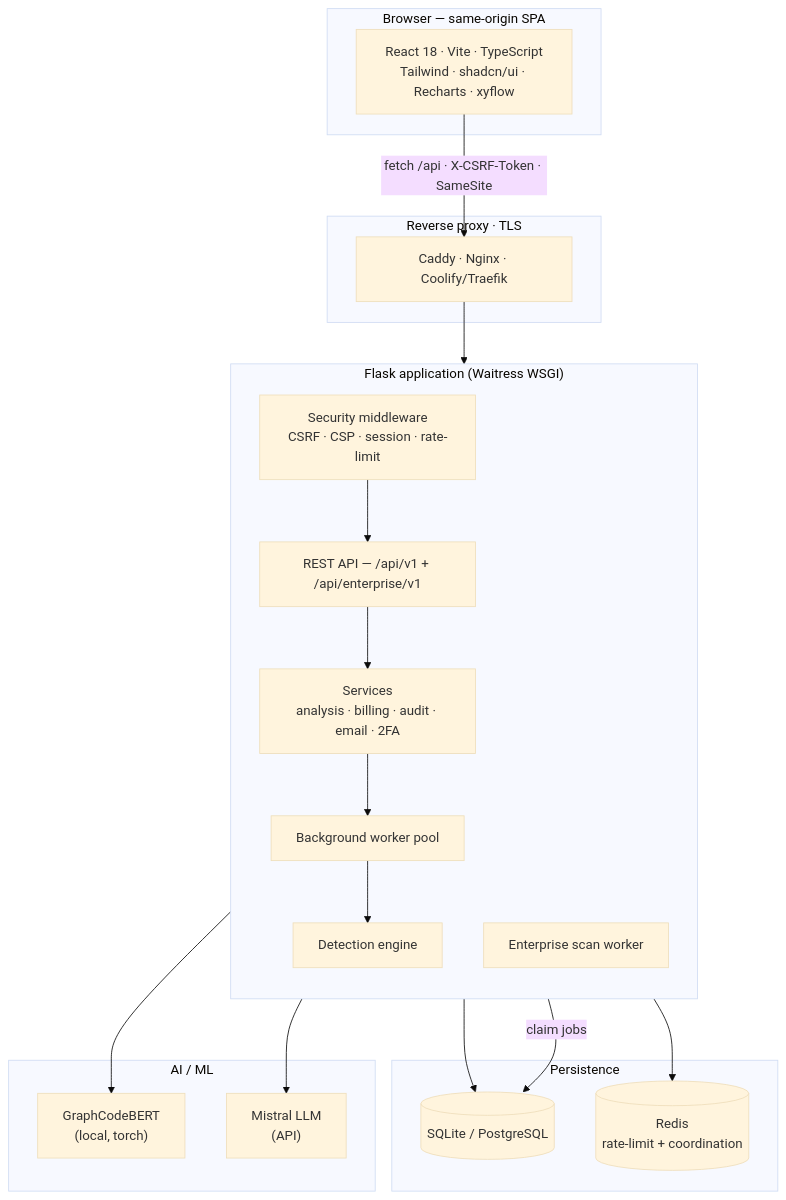
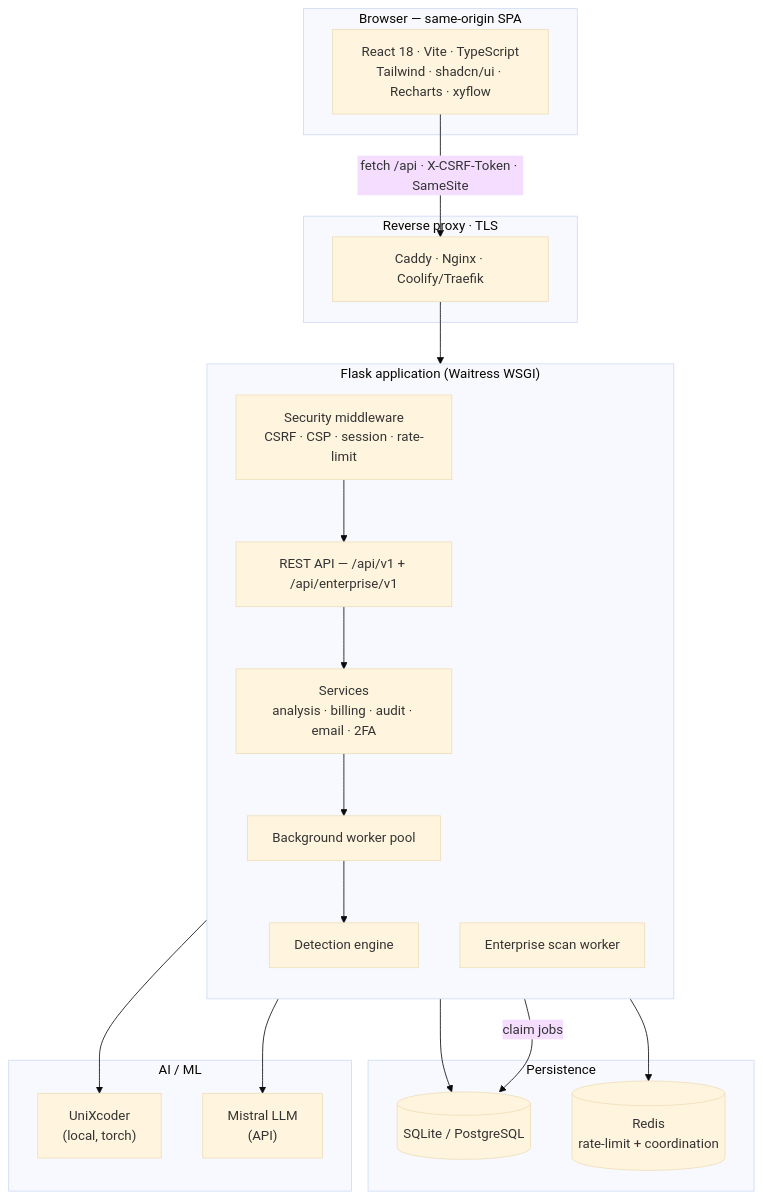
The first of 5 diagrams in README.md (yahyaabohashemstu/codeClone), drawn with Mermaid (base theme) before and after one commit. The commit also changed other lines of this file and 3 other files, not shown here.

First line of the commit message:
feat(engine): swap semantic encoder GraphCodeBERT -> UniXcoder (surgical port)

````diff
--- a/README.md
+++ b/README.md
@@ -89,38 +89,38 @@
 ```mermaid
 flowchart TB
     subgraph client["Browser — same-origin SPA"]
         UI["React 18 · Vite · TypeScript<br/>Tailwind · shadcn/ui · Recharts · xyflow"]
     end
 
     subgraph edge["Reverse proxy · TLS"]
         PX["Caddy · Nginx · Coolify/Traefik"]
     end
 
     subgraph app["Flask application (Waitress WSGI)"]
         direction TB
         API["REST API — /api/v1 + /api/enterprise/v1"]
         SEC["Security middleware<br/>CSRF · CSP · session · rate-limit"]
         SVC["Services<br/>analysis · billing · audit · email · 2FA"]
         ENG["Detection engine"]
         BG["Background worker pool"]
         ENT["Enterprise scan worker"]
     end
 
     subgraph data["Persistence"]
         DB[("SQLite / PostgreSQL")]
         RE[("Redis<br/>rate-limit + coordination")]
     end
 
     subgraph ml["AI / ML"]
-        BERT["GraphCodeBERT<br/>(local, torch)"]
+        BERT["UniXcoder<br/>(local, torch)"]
         MI["Mistral LLM<br/>(API)"]
     end
 
     UI -->|"fetch /api · X-CSRF-Token · SameSite"| PX --> SEC --> API
     API --> SVC --> BG --> ENG
     ENG --> BERT
     SVC --> MI
     SVC --> DB
     SEC --> RE
     ENT -->|"claim jobs"| DB
 ```
````
